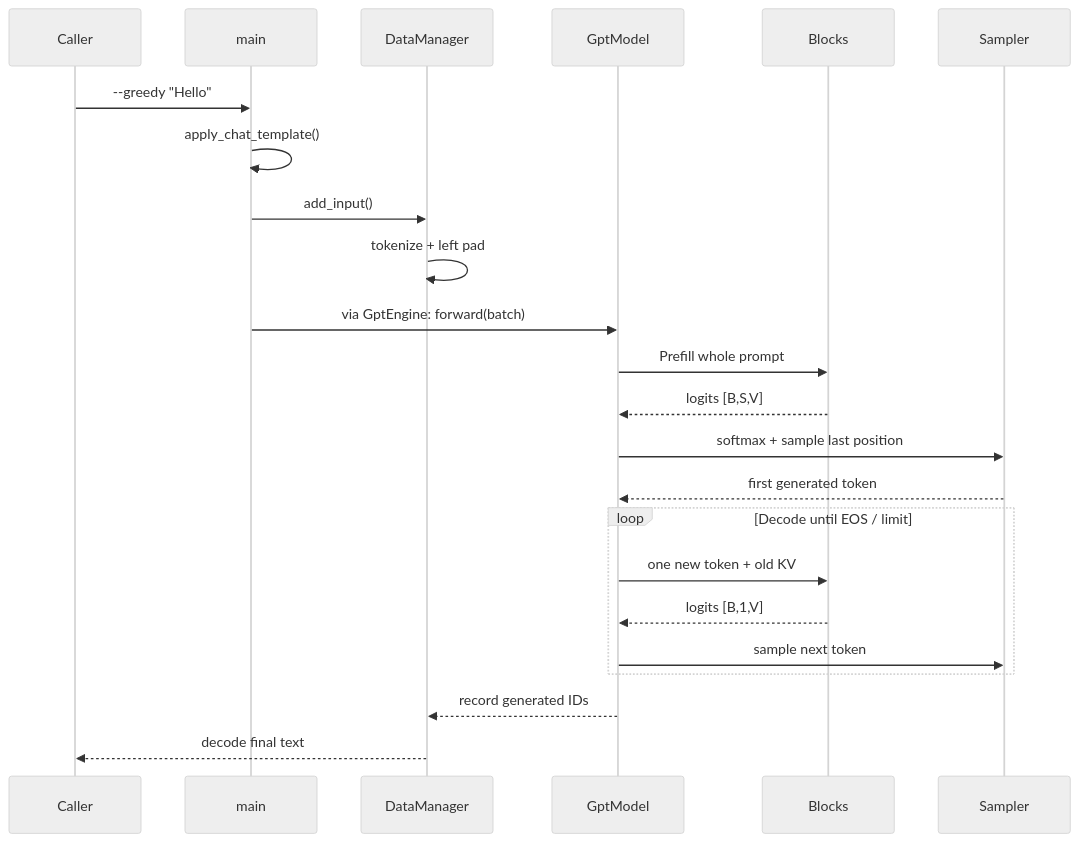
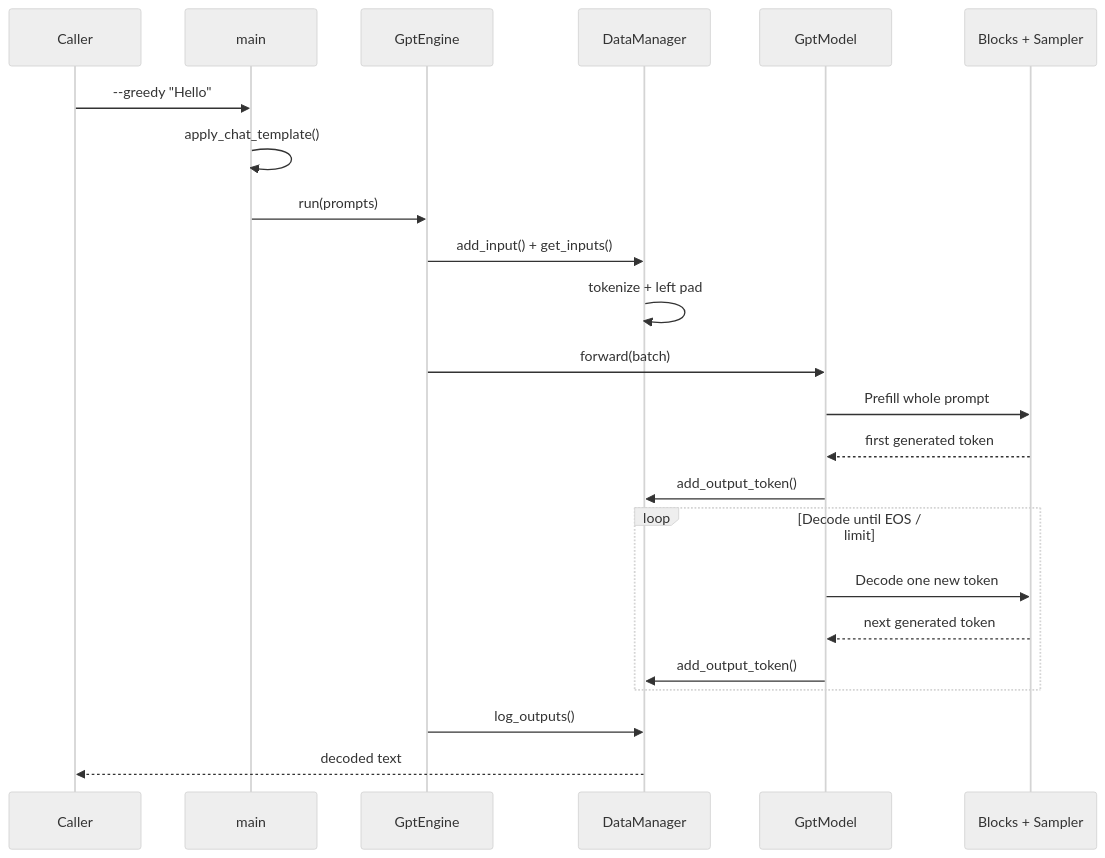
One commit to eagle-dai/easy_llm.cpp changed the second of 12 diagrams in my/docs/easy_llm_guide.zh-CN.md. Above: the diagram before and after it, drawn with Mermaid (neutral theme). The commit also changed other lines of this file, not shown here.

Commit message:
docs: align Golden Path diagram with executable call chain

````diff
--- a/my/docs/easy_llm_guide.zh-CN.md
+++ b/my/docs/easy_llm_guide.zh-CN.md
@@ -120,26 +120,26 @@
 ```mermaid
 sequenceDiagram
     participant U as Caller
     participant M as main
+    participant E as GptEngine
     participant D as DataManager
     participant G as GptModel
-    participant B as Blocks
-    participant P as Sampler
+    participant X as Blocks + Sampler
 
     U->>M: --greedy "Hello"
     M->>M: apply_chat_template()
-    M->>D: add_input()
+    M->>E: run(prompts)
+    E->>D: add_input() + get_inputs()
     D->>D: tokenize + left pad
-    M->>G: via GptEngine: forward(batch)
-    G->>B: Prefill whole prompt
-    B-->>G: logits [B,S,V]
-    G->>P: softmax + sample last position
-    P-->>G: first generated token
+    E->>G: forward(batch)
+    G->>X: Prefill whole prompt
+    X-->>G: first generated token
+    G->>D: add_output_token()
     loop Decode until EOS / limit
-        G->>B: one new token + old KV
-        B-->>G: logits [B,1,V]
-        G->>P: sample next token
+        G->>X: Decode one new token
+        X-->>G: next generated token
+        G->>D: add_output_token()
     end
-    G-->>D: record generated IDs
-    D-->>U: decode final text
+    E->>D: log_outputs()
+    D-->>U: decoded text
 ```
````
